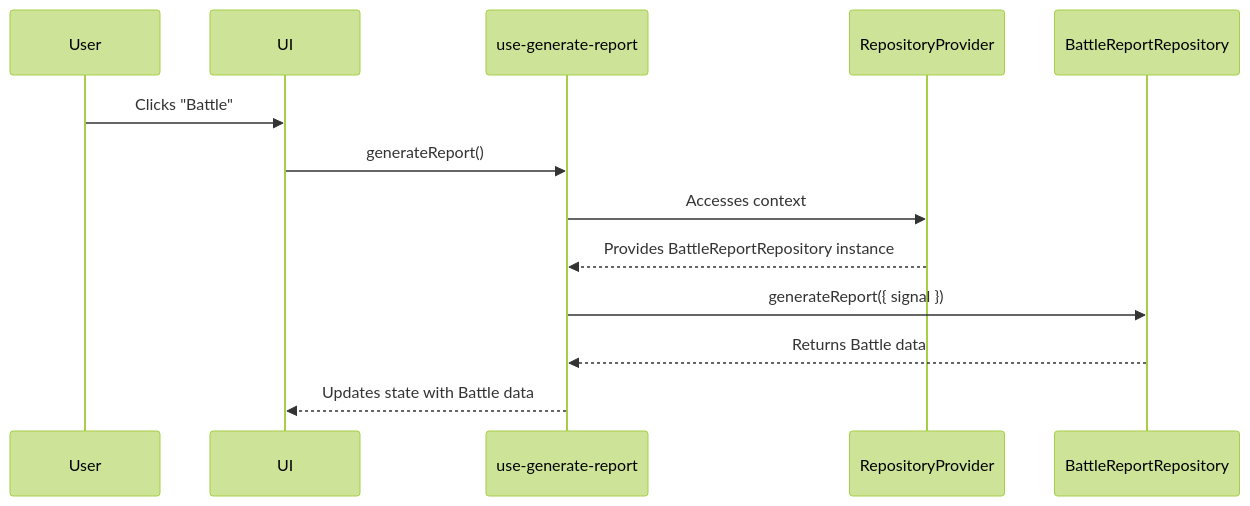
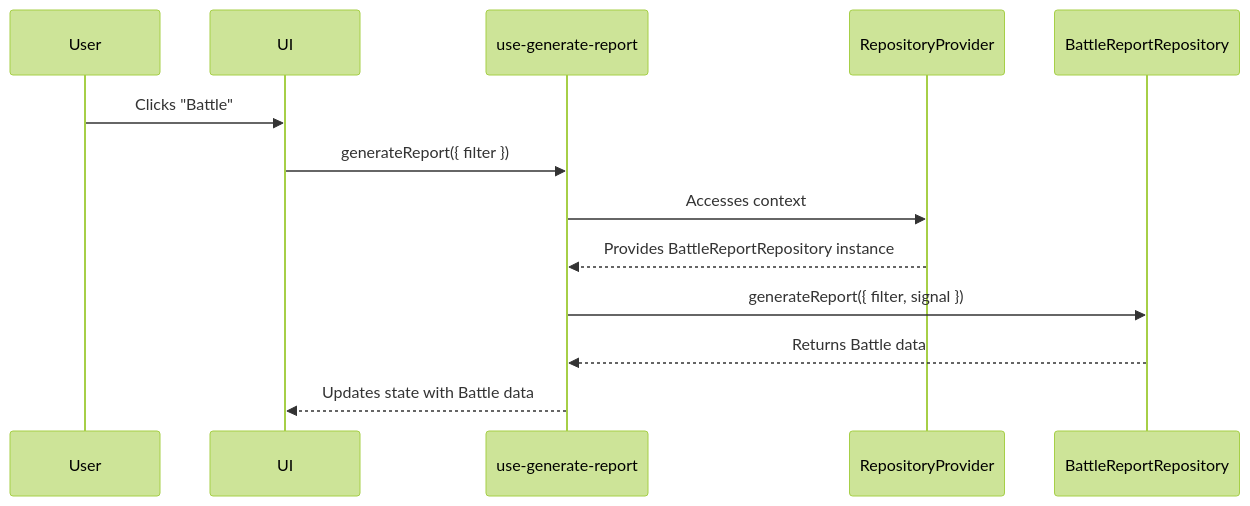
One commit to F88/yonokomae changed the second of 3 diagrams in docs/DEVELOPMENT_EN.md. Above: the diagram before and after it, drawn with Mermaid (forest theme). The commit also changed other lines of this file and 1 other file, not shown here.

Commit message:
feat(docs): unify generateReport parameters in BattleReportRepository documentation

````diff
--- a/docs/DEVELOPMENT_EN.md
+++ b/docs/DEVELOPMENT_EN.md
@@ -50,16 +50,16 @@
 ```mermaid
 sequenceDiagram
     participant User
     participant UI
     participant Hook as use-generate-report
     participant Provider as RepositoryProvider
     participant Repo as BattleReportRepository
 
     User->>UI: Clicks "Battle"
-    UI->>Hook: generateReport()
+    UI->>Hook: generateReport({ filter })
     Hook->>Provider: Accesses context
     Provider-->>Hook: Provides BattleReportRepository instance
-    Hook->>Repo: generateReport({ signal })
+    Hook->>Repo: generateReport({ filter, signal })
     Repo-->>Hook: Returns Battle data
     Hook-->>UI: Updates state with Battle data
 ```
````
